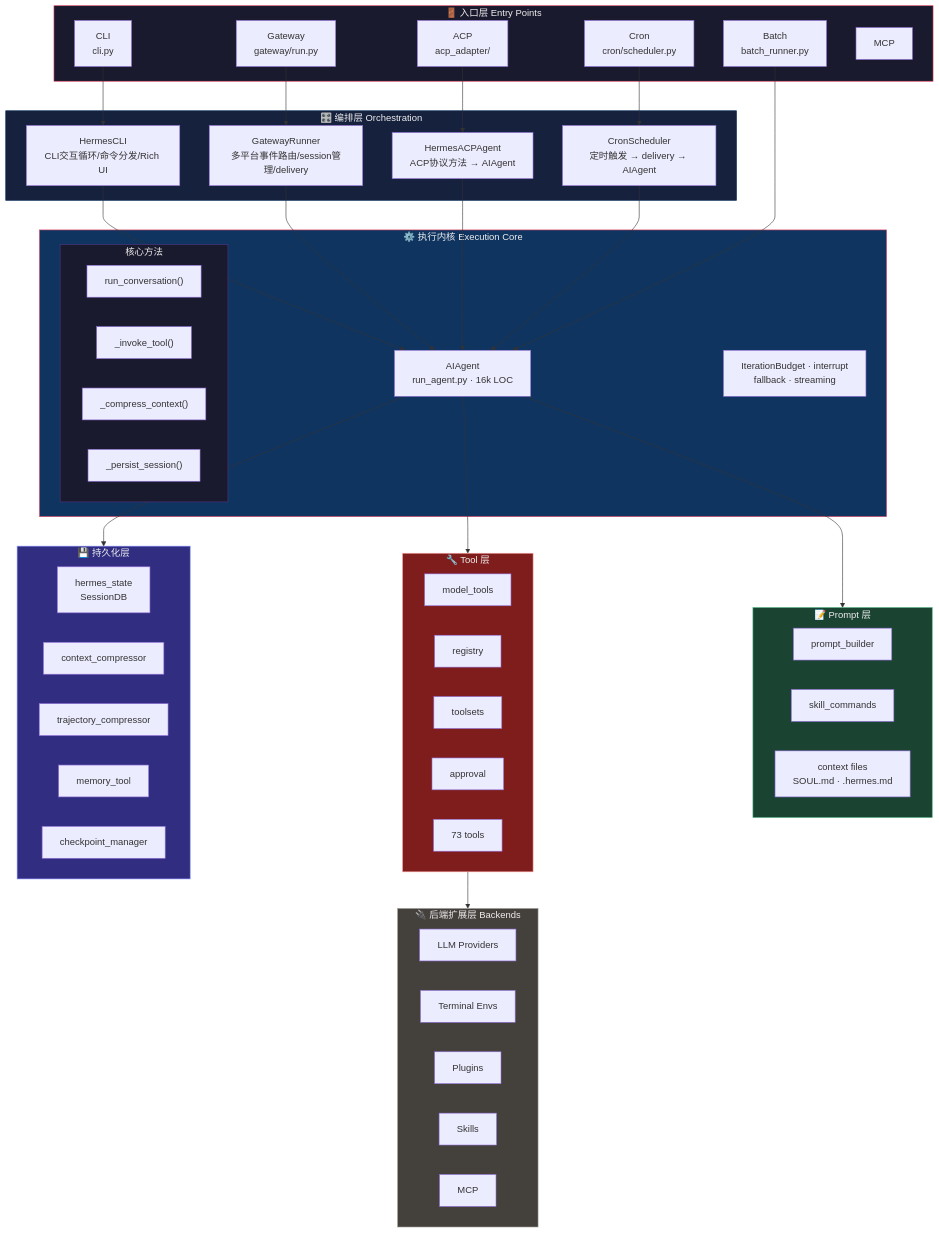
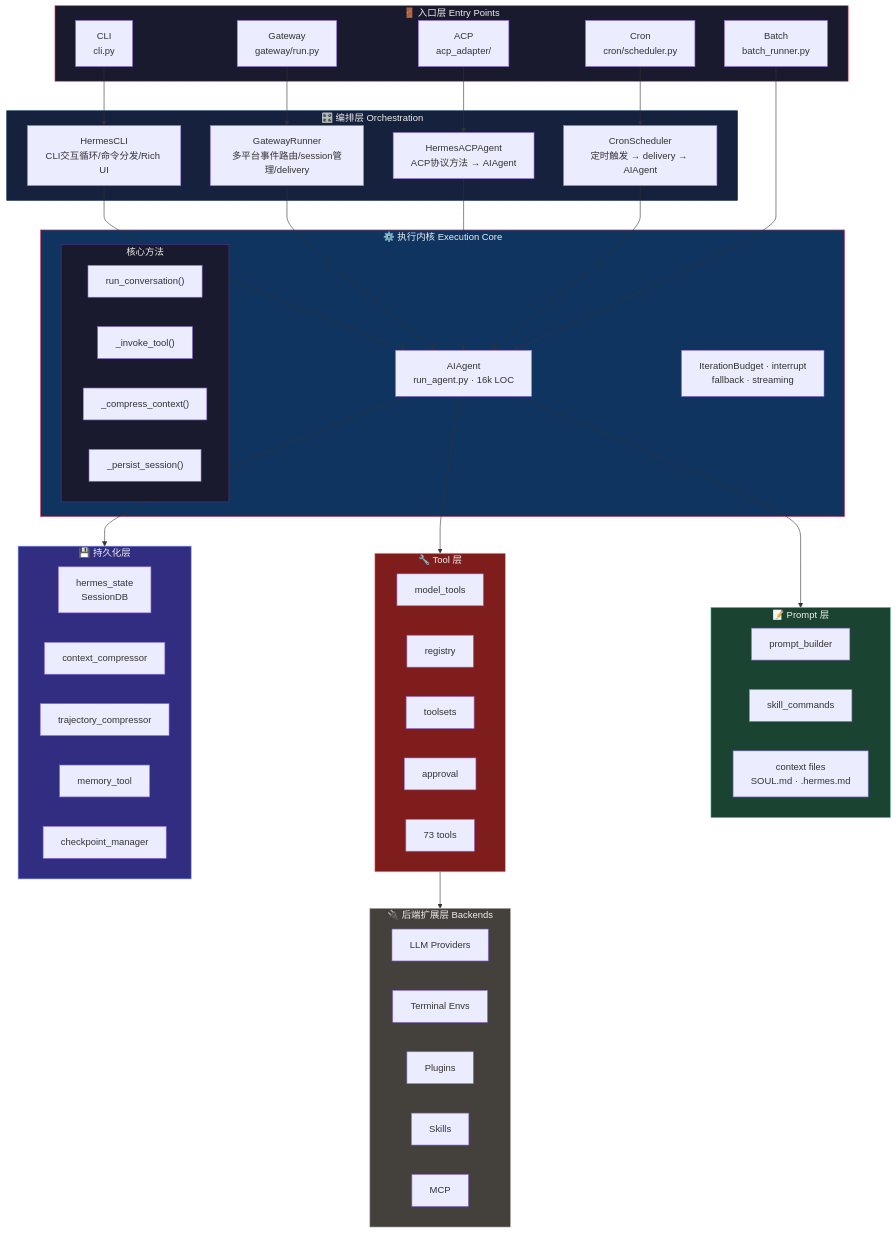
Before and after one commit to M1racleShih/hermes-relay: the first of 3 diagrams in notes/source/00-architecture-overview.md, drawn with Mermaid. The commit also changed other lines of this file and 8 other files, not shown here.

```diff
--- a/notes/source/00-architecture-overview.md
+++ b/notes/source/00-architecture-overview.md
@@ -18,7 +20,6 @@
         ACP["ACP<br/>acp_adapter/"]
         CRON["Cron<br/>cron/scheduler.py"]
         BATCH["Batch<br/>batch_runner.py"]
-        MCP["MCP"]
     end
 
     subgraph orchestrate["🎛️ 编排层 Orchestration"]
```
